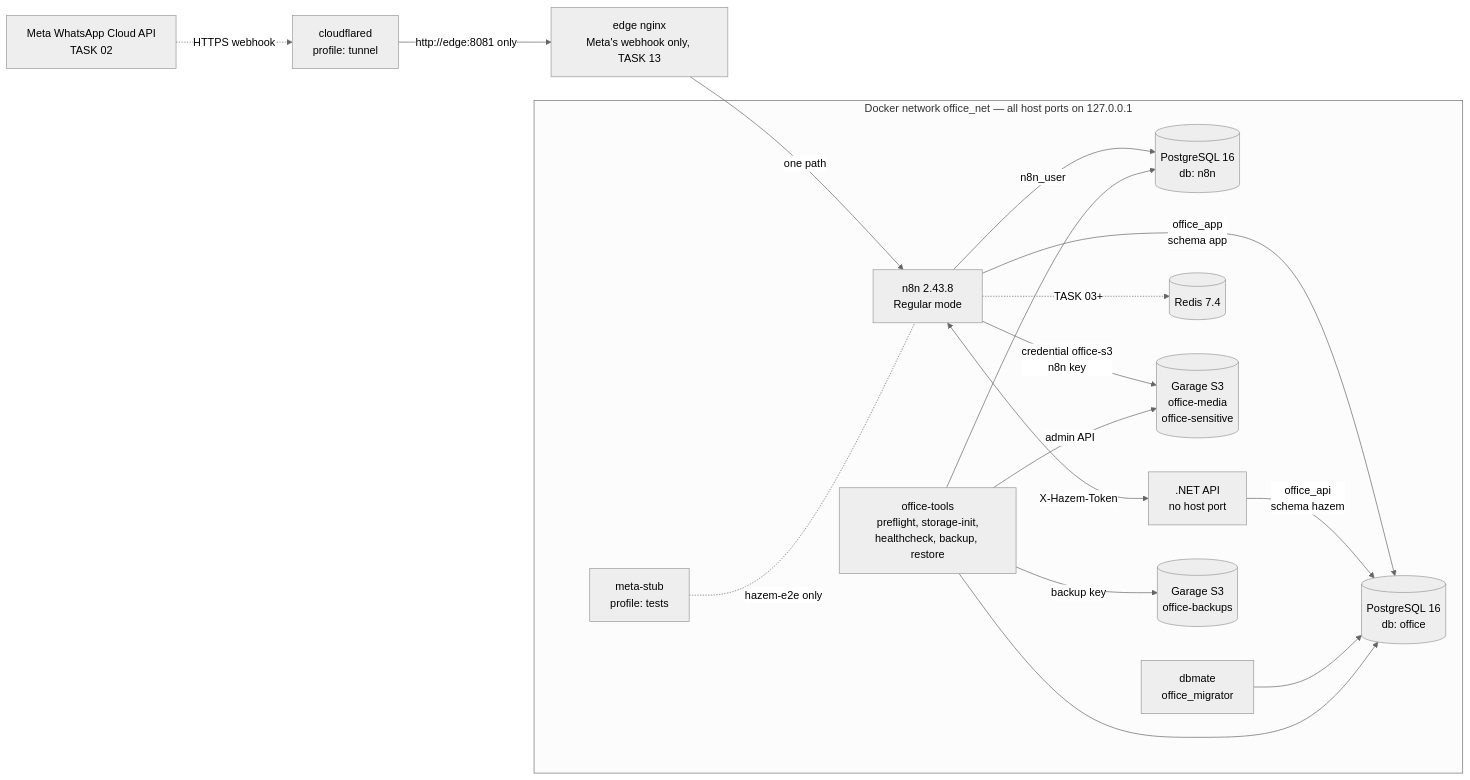
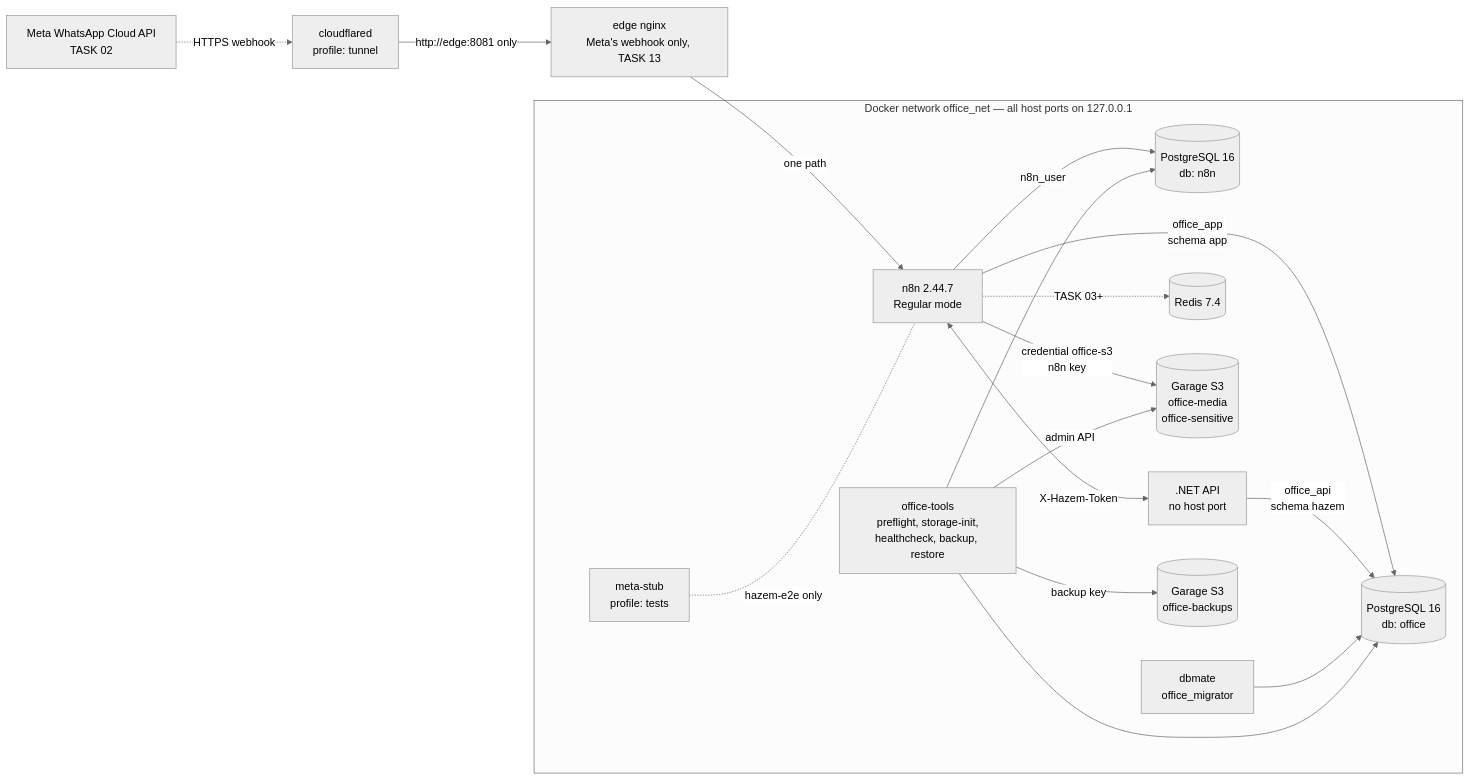
The diagram in docs/infrastructure.md (LegalAI-Platform/Office_chatbot), drawn with Mermaid (neutral theme) before and after one commit. The commit also changed 23 other files, not shown here.

````diff
--- a/docs/infrastructure.md
+++ b/docs/infrastructure.md
@@ -8,21 +8,21 @@
 ```mermaid
 flowchart LR
     META[Meta WhatsApp Cloud API<br/>TASK 02] -. HTTPS webhook .-> CF[cloudflared<br/>profile: tunnel]
     CF -->|http://edge:8081 only| EDGE[edge nginx<br/>Meta's webhook only, TASK 13]
-    EDGE -->|one path| N8N[n8n 2.43.8<br/>Regular mode]
+    EDGE -->|one path| N8N[n8n 2.44.7<br/>Regular mode]
 
     subgraph office_net [Docker network office_net — all host ports on 127.0.0.1]
         N8N -->|n8n_user| PGN[(PostgreSQL 16<br/>db: n8n)]
         N8N -->|office_app<br/>schema app| PGO[(PostgreSQL 16<br/>db: office)]
         N8N <-->|X-Hazem-Token| API[.NET API<br/>no host port]
         API -->|office_api<br/>schema hazem| PGO
         N8N -. TASK 03+ .-> REDIS[(Redis 7.4)]
         N8N -->|credential office-s3<br/>n8n key| S3[(Garage S3<br/>office-media<br/>office-sensitive)]
         STUB[meta-stub<br/>profile: tests] -. hazem-e2e only .- N8N
         MIG[dbmate<br/>office_migrator] --> PGO
         TOOLS[office-tools<br/>preflight, storage-init,<br/>healthcheck, backup, restore] --> PGN
         TOOLS --> PGO
         TOOLS -->|backup key| BK[(Garage S3<br/>office-backups)]
         TOOLS -->|admin API| S3
     end
 ```
````
